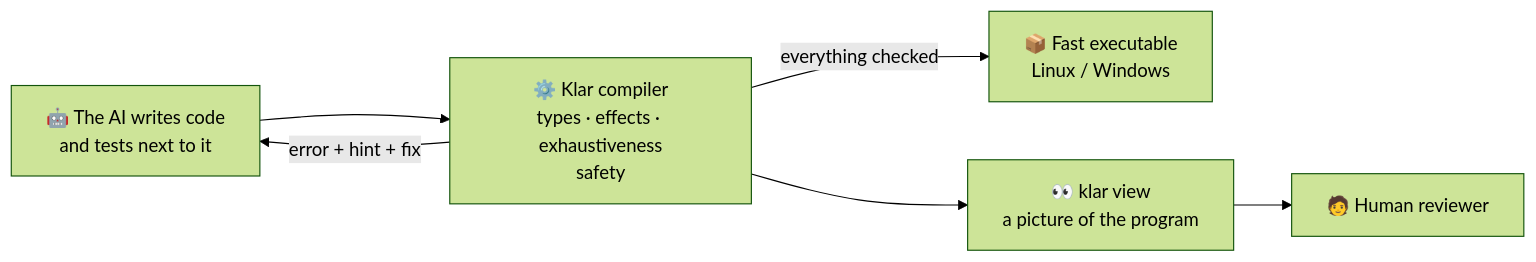
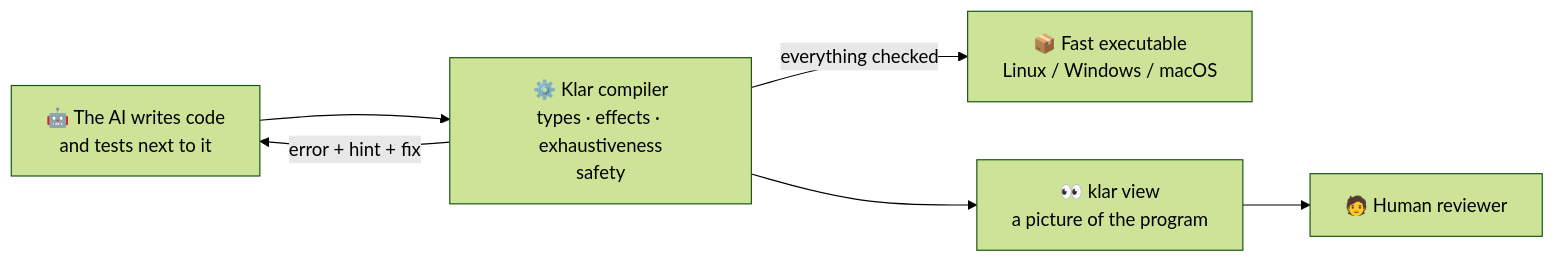
The first of 13 diagrams in docs/GUIDE.en.md (veosett/Klar), drawn with Mermaid (forest theme) before and after one commit. The commit also changed other lines of this file and 22 other files, not shown here.

````diff
--- a/docs/GUIDE.en.md
+++ b/docs/GUIDE.en.md
@@ -11,8 +11,8 @@
 ```mermaid
 flowchart LR
     ai["🤖 The AI writes code<br/>and tests next to it"] --> klar["⚙️ Klar compiler<br/>types · effects · exhaustiveness<br/>safety"]
     klar -- "error + hint + fix" --> ai
-    klar -- "everything checked" --> exe["📦 Fast executable<br/>Linux / Windows"]
+    klar -- "everything checked" --> exe["📦 Fast executable<br/>Linux / Windows / macOS"]
     klar --> view["👀 klar view<br/>a picture of the program"]
     view --> human["🧑 Human reviewer"]
 ```
````
